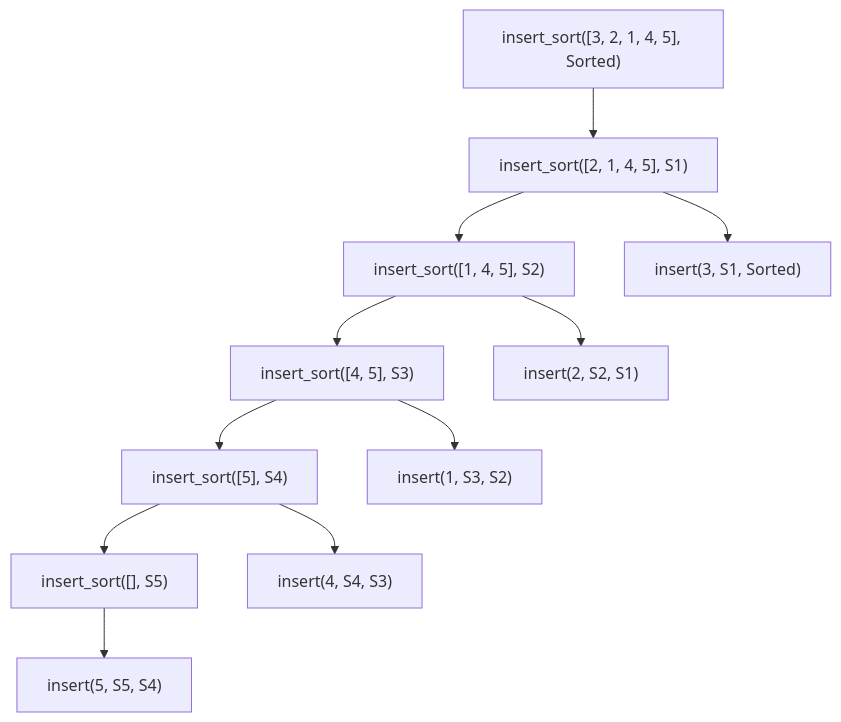
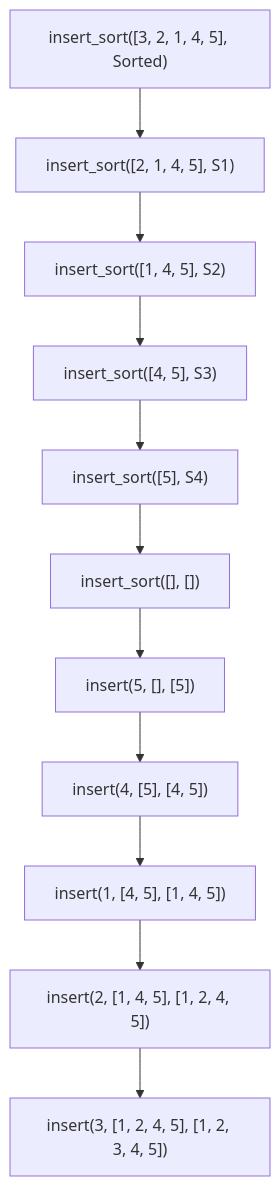
One commit to akarmanov2022/tusur-fp-1 changed the diagram in src/lab-7/insertion_sort.md. Above: the diagram before and after it, drawn with Mermaid. The commit also changed 2 other files, not shown here.

Commit message:
feat: Implement bubble sort and insertion sort algorithms
The code changes add implementations of the bubble sort and insertion sort algorithms in Prolog. These sorting algorithms will be useful for sorting lists in Prolog programs.

````diff
--- a/src/lab-7/insertion_sort.md
+++ b/src/lab-7/insertion_sort.md
@@ -1,24 +1,13 @@
 ```mermaid
-graph TD
-    A["insert_sort([3, 2, 1, 4, 5], Sorted)"]
-    B["insert_sort([2, 1, 4, 5], S1)"]
-    C["insert_sort([1, 4, 5], S2)"]
-    D["insert_sort([4, 5], S3)"]
-    E["insert_sort([5], S4)"]
-    F["insert_sort([], S5)"]
-    G["insert(3, S1, Sorted)"]
-    H["insert(2, S2, S1)"]
-    I["insert(1, S3, S2)"]
-    J["insert(4, S4, S3)"]
-    K["insert(5, S5, S4)"]
-    A --> B
-    B --> C
-    C --> D
-    D --> E
-    E --> F
-    B --> G
-    C --> H
-    D --> I
-    E --> J
-    F --> K
+graph TD;
+    A["insert_sort([3, 2, 1, 4, 5], Sorted)"] --> B["insert_sort([2, 1, 4, 5], S1)"]
+    B --> C["insert_sort([1, 4, 5], S2)"]
+    C --> D["insert_sort([4, 5], S3)"]
+    D --> E["insert_sort([5], S4)"]
+    E --> F["insert_sort([], [])"]
+    F --> G["insert(5, [], [5])"]
+    G --> H["insert(4, [5], [4, 5])"]
+    H --> I["insert(1, [4, 5], [1, 4, 5])"]
+    I --> J["insert(2, [1, 4, 5], [1, 2, 4, 5])"]
+    J --> K["insert(3, [1, 2, 4, 5], [1, 2, 3, 4, 5])"]
 ```
````
